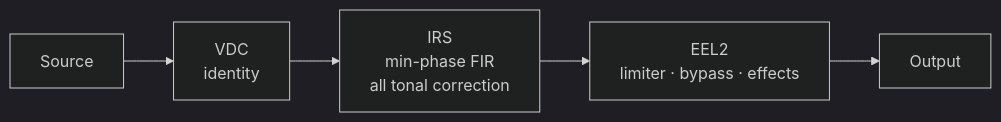
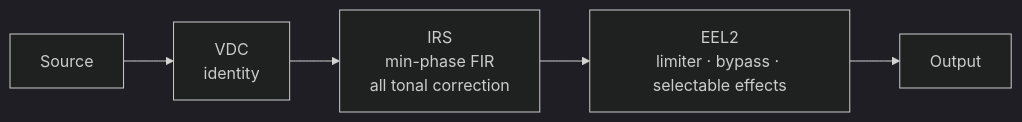
The diagram in README.md (nmstudioo/HyperAudioo), drawn with Mermaid (dark theme) before and after one commit.

Commit message:
Clarify selectable IEM EEL processing in architecture

````diff
--- a/README.md
+++ b/README.md
@@ -38,7 +38,7 @@
 ```mermaid
 flowchart LR
     A[Source] --> B["VDC<br/>identity"]
     B --> C["IRS<br/>min-phase FIR<br/>all tonal correction"]
-    C --> D["EEL2<br/>limiter · bypass · effects"]
+    C --> D["EEL2<br/>limiter · bypass · selectable effects"]
     D --> E[Output]
 ```
````
